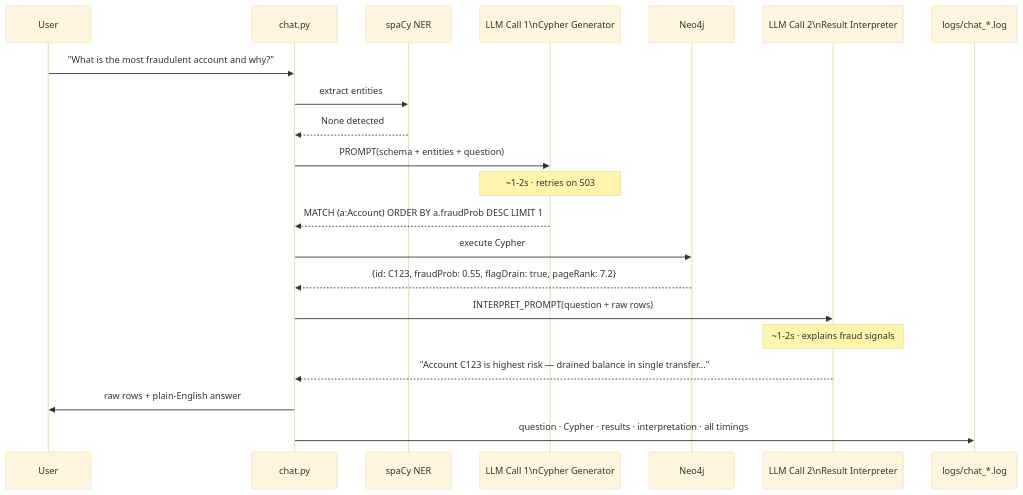
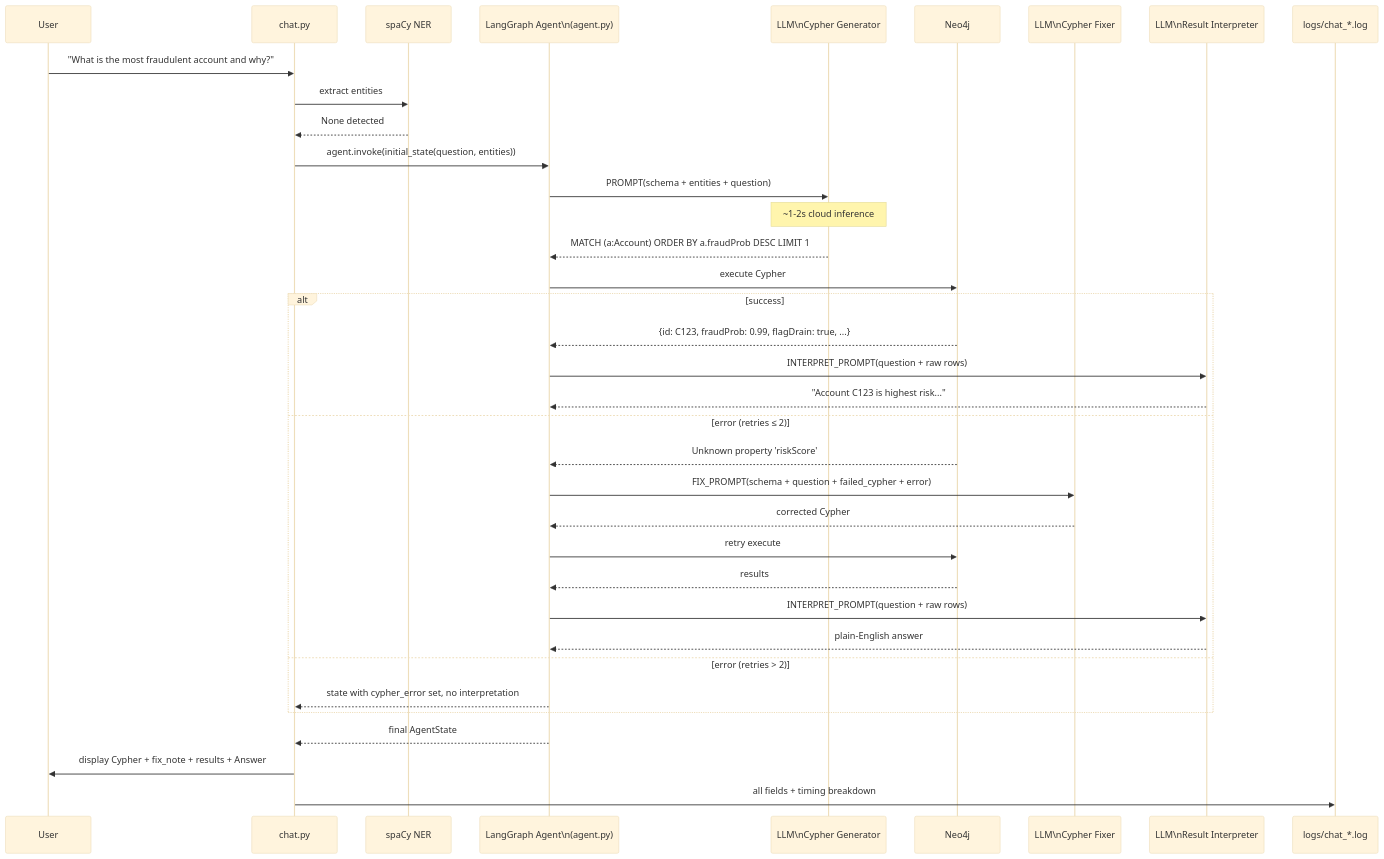
One commit to mohamed-soubhi/fraud-graph-demo changed the seventh of 8 diagrams in ARCHITECTURE.md. Above: the diagram before and after it, drawn with Mermaid (base theme). The commit also changed other lines of this file and 5 other files, not shown here.

First line of the commit message:
feat: Option B — LangGraph self-healing Cypher agent

````diff
--- a/ARCHITECTURE.md
+++ b/ARCHITECTURE.md
@@ -171,24 +199,42 @@
 ```mermaid
 sequenceDiagram
     participant U as User
     participant CH as chat.py
     participant SP as spaCy NER
-    participant LM1 as LLM Call 1\nCypher Generator
+    participant AG as LangGraph Agent\n(agent.py)
+    participant LM1 as LLM\nCypher Generator
     participant DB as Neo4j
-    participant LM2 as LLM Call 2\nResult Interpreter
+    participant LM2 as LLM\nCypher Fixer
+    participant LM3 as LLM\nResult Interpreter
     participant LOG as logs/chat_*.log
 
     U->>CH: "What is the most fraudulent account and why?"
     CH->>SP: extract entities
     SP-->>CH: None detected
-    CH->>LM1: PROMPT(schema + entities + question)
-    Note over LM1: ~1-2s · retries on 503
-    LM1-->>CH: MATCH (a:Account) ORDER BY a.fraudProb DESC LIMIT 1
-    CH->>DB: execute Cypher
-    DB-->>CH: {id: C123, fraudProb: 0.55, flagDrain: true, pageRank: 7.2}
-    CH->>LM2: INTERPRET_PROMPT(question + raw rows)
-    Note over LM2: ~1-2s · explains fraud signals
-    LM2-->>CH: "Account C123 is highest risk — drained balance in single transfer..."
-    CH->>U: raw rows + plain-English answer
-    CH->>LOG: question · Cypher · results · interpretation · all timings
+    CH->>AG: agent.invoke(initial_state(question, entities))
+
+    AG->>LM1: PROMPT(schema + entities + question)
+    Note over LM1: ~1-2s cloud inference
+    LM1-->>AG: MATCH (a:Account) ORDER BY a.fraudProb DESC LIMIT 1
+
+    AG->>DB: execute Cypher
+    alt success
+        DB-->>AG: {id: C123, fraudProb: 0.99, flagDrain: true, ...}
+        AG->>LM3: INTERPRET_PROMPT(question + raw rows)
+        LM3-->>AG: "Account C123 is highest risk..."
+    else error (retries ≤ 2)
+        DB-->>AG: Unknown property 'riskScore'
+        AG->>LM2: FIX_PROMPT(schema + question + failed_cypher + error)
+        LM2-->>AG: corrected Cypher
+        AG->>DB: retry execute
+        DB-->>AG: results
+        AG->>LM3: INTERPRET_PROMPT(question + raw rows)
+        LM3-->>AG: plain-English answer
+    else error (retries > 2)
+        AG-->>CH: state with cypher_error set, no interpretation
+    end
+
+    AG-->>CH: final AgentState
+    CH->>U: display Cypher + fix_note + results + Answer
+    CH->>LOG: all fields + timing breakdown
 ```
````
